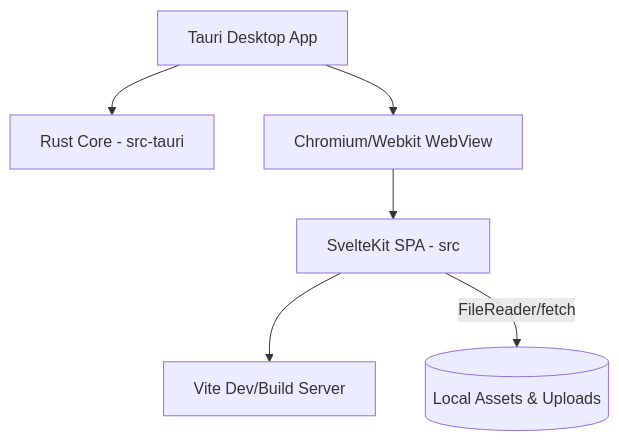
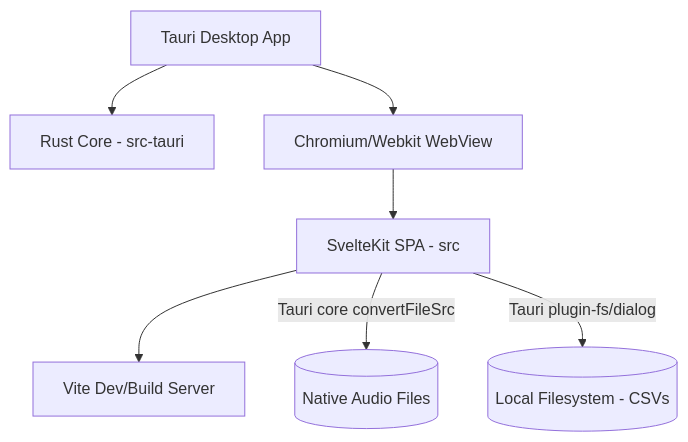
The diagram in docs/system/architecture.md (faruqsandi/verbatim-ui), drawn with Mermaid before and after one commit. The commit also changed other lines of this file, not shown here.

Commit message:
docs: update system architecture to describe Svelte 5 and Tauri v2 plugin design

````diff
--- a/docs/system/architecture.md
+++ b/docs/system/architecture.md
@@ -11,8 +11,9 @@
 ```mermaid
 graph TD
     A[Tauri Desktop App] --> B[Rust Core - src-tauri]
     A --> C[Chromium/Webkit WebView]
     C --> D[SvelteKit SPA - src]
     D --> E[Vite Dev/Build Server]
-    D -->|FileReader/fetch| F[(Local Assets & Uploads)]
+    D -->|Tauri core convertFileSrc| G[(Native Audio Files)]
+    D -->|Tauri plugin-fs/dialog| F[(Local Filesystem - CSVs)]
 ```
````
